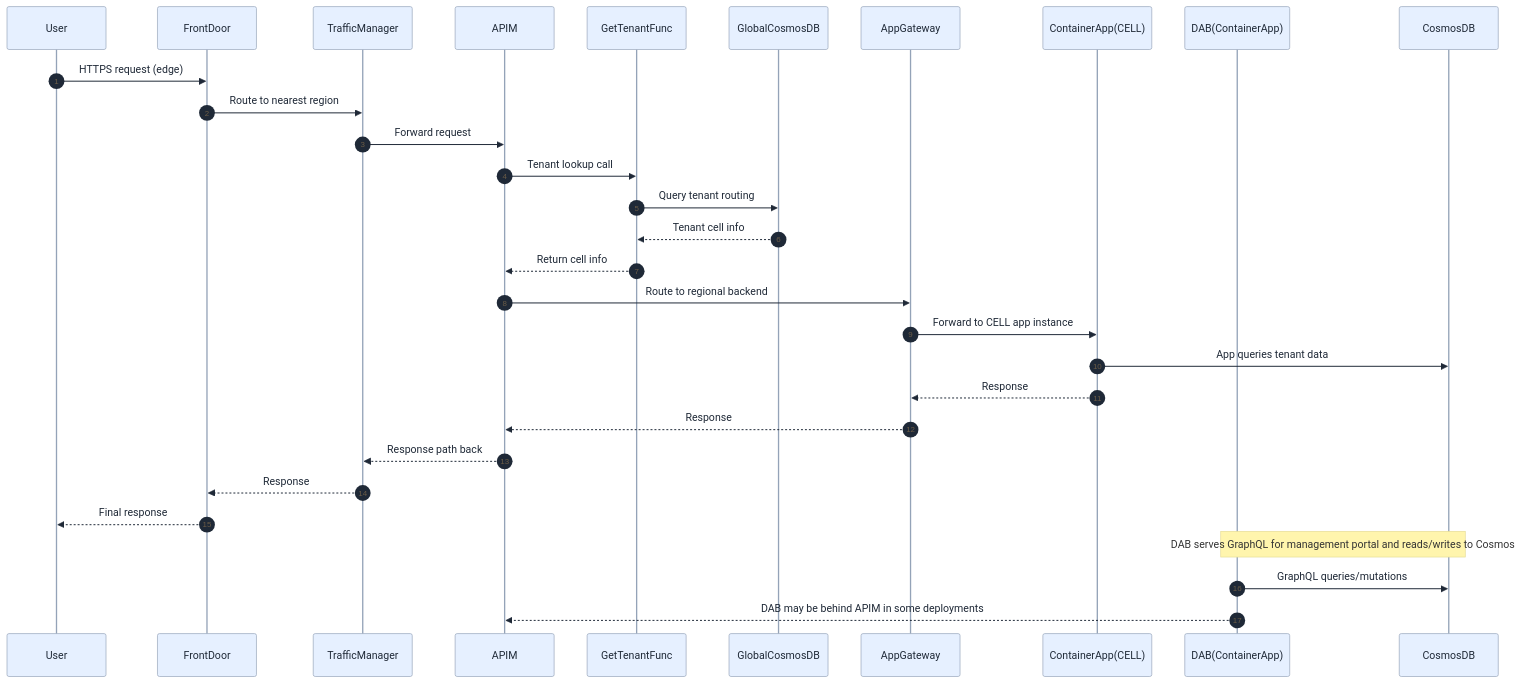
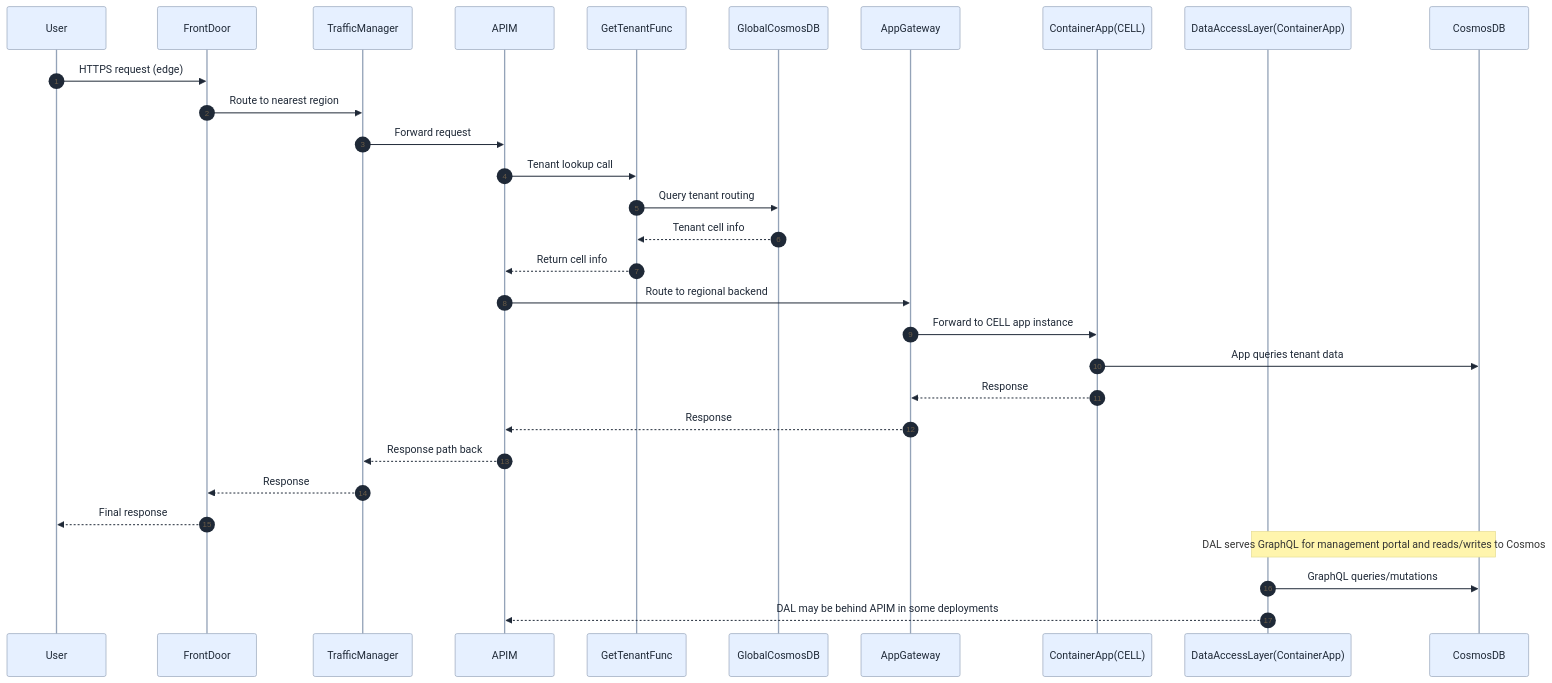
One commit to srnichols/StampsPattern changed the fifth of 6 diagrams in docs/ARCHITECTURE_GUIDE.md. Above: the diagram before and after it, drawn with Mermaid.

Commit message:
Docs: user edits to ARCHITECTURE_GUIDE.md

````diff
--- a/docs/ARCHITECTURE_GUIDE.md
+++ b/docs/ARCHITECTURE_GUIDE.md
@@ -526,36 +526,36 @@
 ```mermaid
 %%{init: {"theme":"base","themeVariables":{"background":"transparent","primaryColor":"#E6F0FF","primaryTextColor":"#1F2937","primaryBorderColor":"#94A3B8","lineColor":"#94A3B8","secondaryColor":"#F3F4F6","tertiaryColor":"#DBEAFE","clusterBkg":"#F8FAFC","clusterBorder":"#CBD5E1","edgeLabelBackground":"#F8FAFC","fontFamily":"Segoe UI, Roboto, Helvetica, Arial, sans-serif"}} }%%
 sequenceDiagram
   autonumber
   participant User as User
   participant FD as FrontDoor
   participant TM as TrafficManager
   participant APIM as APIM
   participant GFunc as GetTenantFunc
   participant GDB as GlobalCosmosDB
   participant AG as AppGateway
   participant CA as ContainerApp(CELL)
-  participant DAB as DAB(ContainerApp)
+  participant DAL as DataAccessLayer(ContainerApp)
   participant COS as CosmosDB
 
   User->>FD: HTTPS request (edge)
   FD->>TM: Route to nearest region
   TM->>APIM: Forward request
   APIM->>GFunc: Tenant lookup call
   GFunc->>GDB: Query tenant routing
   GDB-->>GFunc: Tenant cell info
   GFunc-->>APIM: Return cell info
   APIM->>AG: Route to regional backend
   AG->>CA: Forward to CELL app instance
   CA->>COS: App queries tenant data
   CA-->>AG: Response
   AG-->>APIM: Response
   APIM-->>TM: Response path back
   TM-->>FD: Response
   FD-->>User: Final response
 
-  Note over DAB,COS: DAB serves GraphQL for management portal and reads/writes to Cosmos
-  DAB->>COS: GraphQL queries/mutations
-  DAB-->>APIM: DAB may be behind APIM in some deployments
+  Note over DAL,COS: DAL serves GraphQL for management portal and reads/writes to Cosmos
+  DAL->>COS: GraphQL queries/mutations
+  DAL-->>APIM: DAL may be behind APIM in some deployments
 
 ```
````
